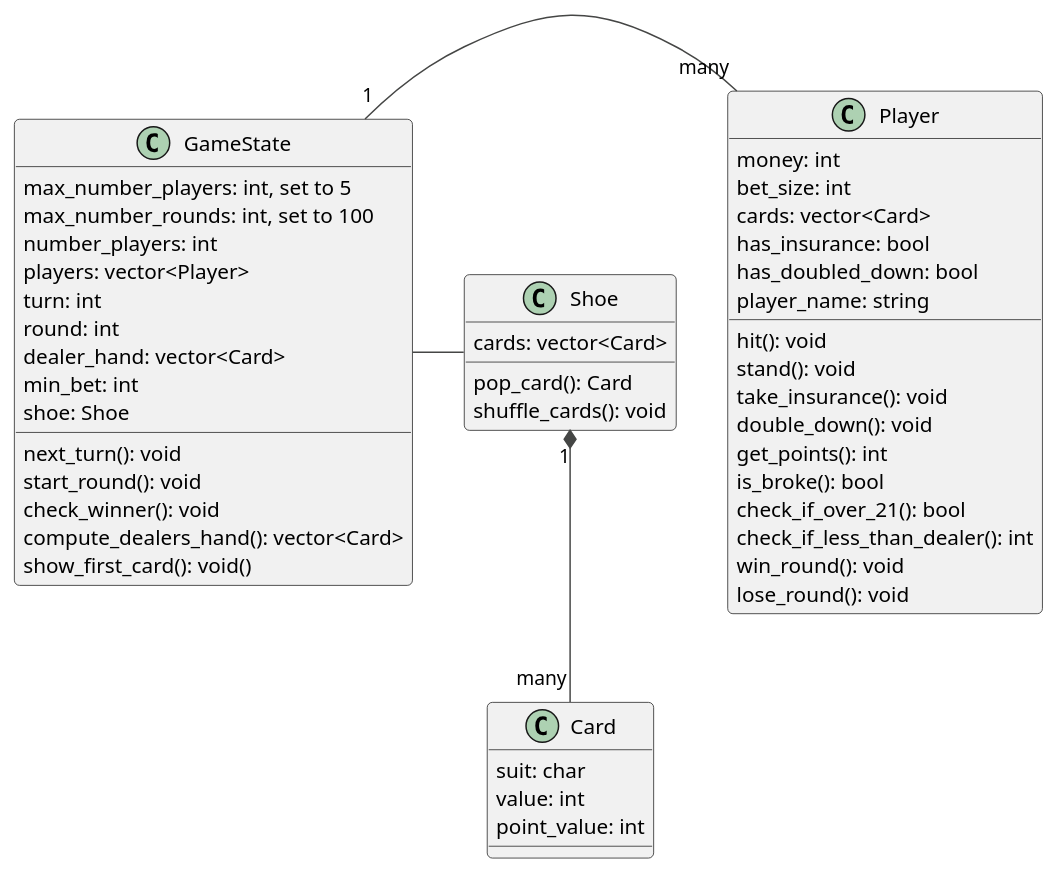
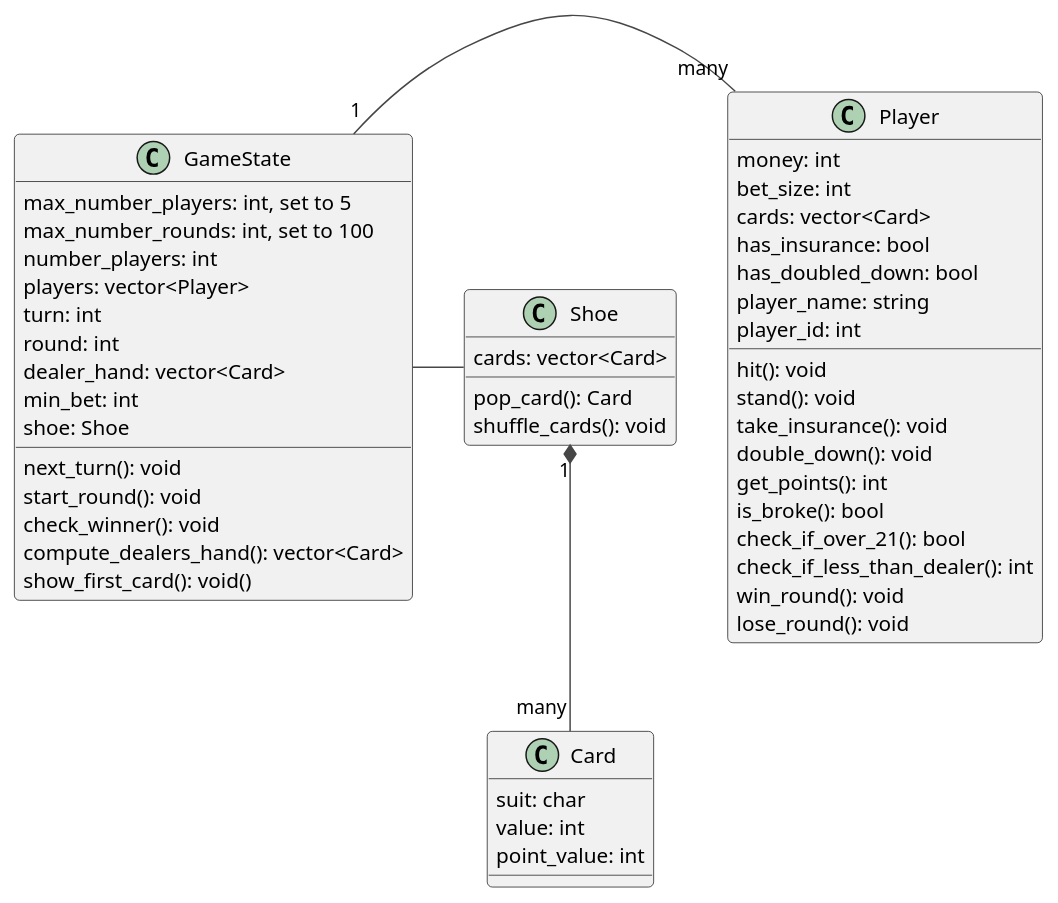
One commit to luca-commits/blackjack changed the diagram in sds/plant_codes/general.puml. Above: the diagram before and after it, drawn with PlantUML. The commit also changed 2 other files, not shown here.

```diff
--- a/sds/plant_codes/general.puml
+++ b/sds/plant_codes/general.puml
@@ -1,59 +1,60 @@
 @startuml
 ' !theme plain
 !theme vibrant
 
 class Player {
   money: int
   bet_size: int
   cards: vector<Card> 
   hit(): void
   stand(): void
   take_insurance(): void
   double_down(): void
   has_insurance: bool
   has_doubled_down: bool
   get_points(): int
   is_broke(): bool
   check_if_over_21(): bool
   check_if_less_than_dealer(): int
   win_round(): void  
   lose_round(): void
   player_name: string
+  player_id: int
 }
   
 class Card {
   suit: char
   value: int
   point_value: int
 }
 
 class GameState{
   max_number_players: int, set to 5
   max_number_rounds: int, set to 100
   number_players: int
   players: vector<Player>
   turn: int
   round: int
   dealer_hand: vector<Card>
   min_bet: int
   next_turn(): void
   start_round(): void
   check_winner(): void
   compute_dealers_hand(): vector<Card>
   shoe: Shoe
   show_first_card(): void()
 }
 
 class Shoe{
   cards: vector<Card> 
   pop_card(): Card
   shuffle_cards(): void
 }
 
 Shoe "1" *-- "many" Card 
 
 
 GameState "1" - "many" Player 
 
 GameState - Shoe
 @enduml
```
